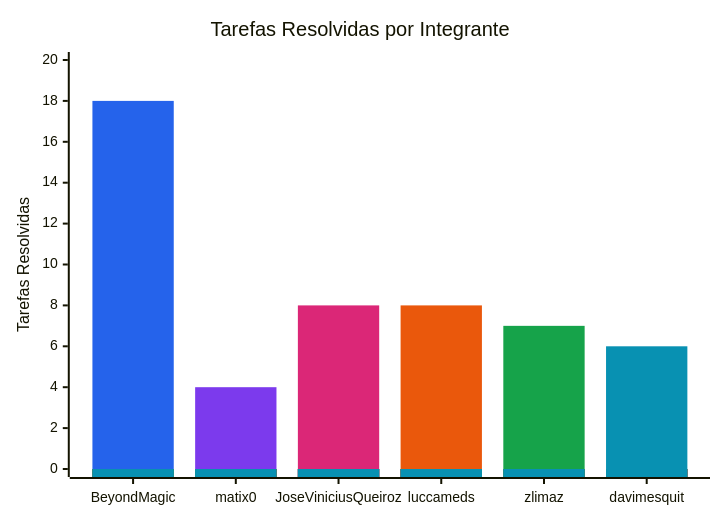
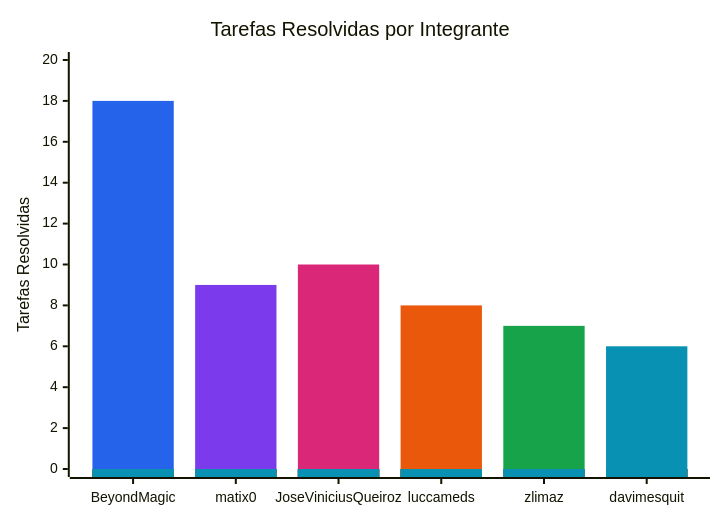
Before and after one commit to FCTE-Qualidade-de-Software-1/2026-2_T02_FRANS_BILAS: the diagram in documentation/snippets/management/resolved-issues.mmd, drawn with Mermaid. The commit also changed 5 other files, not shown here.

```diff
--- a/documentation/snippets/management/resolved-issues.mmd
+++ b/documentation/snippets/management/resolved-issues.mmd
@@ -1,11 +1,11 @@
 %%{init: {"themeVariables": {"xyChart": {"plotColorPalette": "#2563eb, #7c3aed, #db2777, #ea580c, #16a34a, #0891b2"}}}}%%
 xychart-beta
     title "Tarefas Resolvidas por Integrante"
     x-axis ["BeyondMagic", "matix0", "JoseViniciusQueiroz", "luccameds", "zlimaz", "davimesquit"]
     y-axis "Tarefas Resolvidas" 0 --> 20
     bar [18, 0, 0, 0, 0, 0]
-    bar [0, 4, 0, 0, 0, 0]
-    bar [0, 0, 8, 0, 0, 0]
+    bar [0, 9, 0, 0, 0, 0]
+    bar [0, 0, 10, 0, 0, 0]
     bar [0, 0, 0, 8, 0, 0]
     bar [0, 0, 0, 0, 7, 0]
     bar [0, 0, 0, 0, 0, 6]
```
